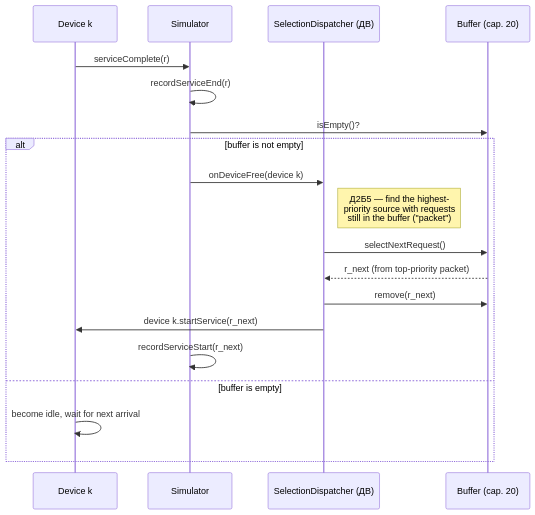
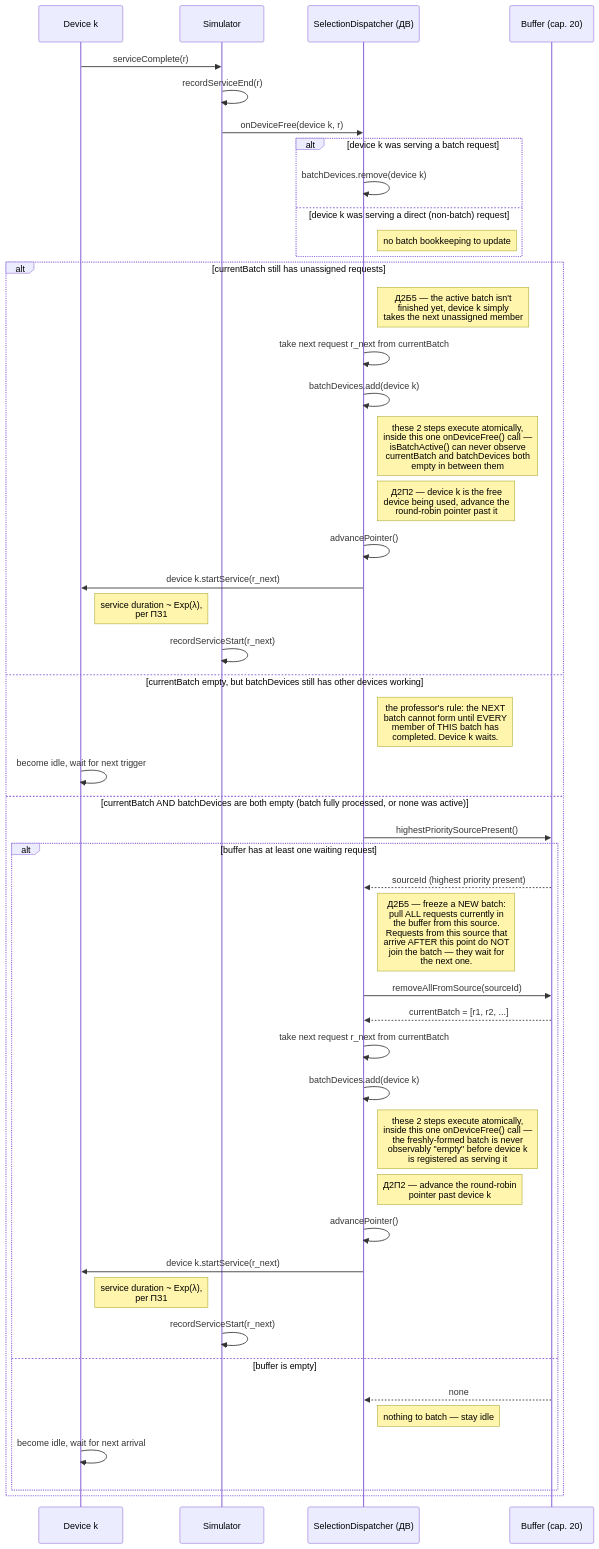
Before and after one commit to abdelrhmanbaha/smo-v24-commodity-trading: the diagram in sequence-device-free.mmd, drawn with Mermaid. The commit also changed 10 other files, not shown here.

Commit message:
Fix D2B5 batch-completion lifecycle, add main sequence and swimlane flowchart, fix encapsulation

```diff
--- a/sequence-device-free.mmd
+++ b/sequence-device-free.mmd
@@ -1,21 +1,50 @@
 sequenceDiagram
     participant D as Device k
     participant Sim as Simulator
     participant ДВ as SelectionDispatcher (ДВ)
     participant B as Buffer (cap. 20)
 
     D->>Sim: serviceComplete(r)
     Sim->>Sim: recordServiceEnd(r)
-    Sim->>B: isEmpty()?
+    Sim->>ДВ: onDeviceFree(device k, r)
 
-    alt buffer is not empty
-        Sim->>ДВ: onDeviceFree(device k)
-        Note right of ДВ: Д2Б5 — find the highest-<br/>priority source with requests<br/>still in the buffer ("packet")
-        ДВ->>B: selectNextRequest()
-        B-->>ДВ: r_next (from top-priority packet)
-        ДВ->>B: remove(r_next)
+    alt device k was serving a batch request
+        ДВ->>ДВ: batchDevices.remove(device k)
+    else device k was serving a direct (non-batch) request
+        Note right of ДВ: no batch bookkeeping to update
+    end
+
+    alt currentBatch still has unassigned requests
+        Note right of ДВ: Д2Б5 — the active batch isn't<br/>finished yet, device k simply<br/>takes the next unassigned member
+        ДВ->>ДВ: take next request r_next from currentBatch
+        ДВ->>ДВ: batchDevices.add(device k)
+        Note right of ДВ: these 2 steps execute atomically,<br/>inside this one onDeviceFree() call —<br/>isBatchActive() can never observe<br/>currentBatch and batchDevices both<br/>empty in between them
+        Note right of ДВ: Д2П2 — device k is the free<br/>device being used, advance the<br/>round-robin pointer past it
+        ДВ->>ДВ: advancePointer()
         ДВ->>D: device k.startService(r_next)
+        Note right of D: service duration ~ Exp(λ),<br/>per ПЗ1
         Sim->>Sim: recordServiceStart(r_next)
-    else buffer is empty
-        D->>D: become idle, wait for next arrival
+    else currentBatch empty, but batchDevices still has other devices working
+        Note right of ДВ: the professor's rule: the NEXT<br/>batch cannot form until EVERY<br/>member of THIS batch has<br/>completed. Device k waits.
+        D->>D: become idle, wait for next trigger
+    else currentBatch AND batchDevices are both empty (batch fully processed, or none was active)
+        ДВ->>B: highestPrioritySourcePresent()
+        alt buffer has at least one waiting request
+            B-->>ДВ: sourceId (highest priority present)
+            Note right of ДВ: Д2Б5 — freeze a NEW batch:<br/>pull ALL requests currently in<br/>the buffer from this source.<br/>Requests from this source that<br/>arrive AFTER this point do NOT<br/>join the batch — they wait for<br/>the next one.
+            ДВ->>B: removeAllFromSource(sourceId)
+            B-->>ДВ: currentBatch = [r1, r2, ...]
+            ДВ->>ДВ: take next request r_next from currentBatch
+            ДВ->>ДВ: batchDevices.add(device k)
+            Note right of ДВ: these 2 steps execute atomically,<br/>inside this one onDeviceFree() call —<br/>the freshly-formed batch is never<br/>observably "empty" before device k<br/>is registered as serving it
+            Note right of ДВ: Д2П2 — advance the round-robin<br/>pointer past device k
+            ДВ->>ДВ: advancePointer()
+            ДВ->>D: device k.startService(r_next)
+            Note right of D: service duration ~ Exp(λ),<br/>per ПЗ1
+            Sim->>Sim: recordServiceStart(r_next)
+        else buffer is empty
+            B-->>ДВ: none
+            Note right of ДВ: nothing to batch — stay idle
+            D->>D: become idle, wait for next arrival
+        end
     end
```
